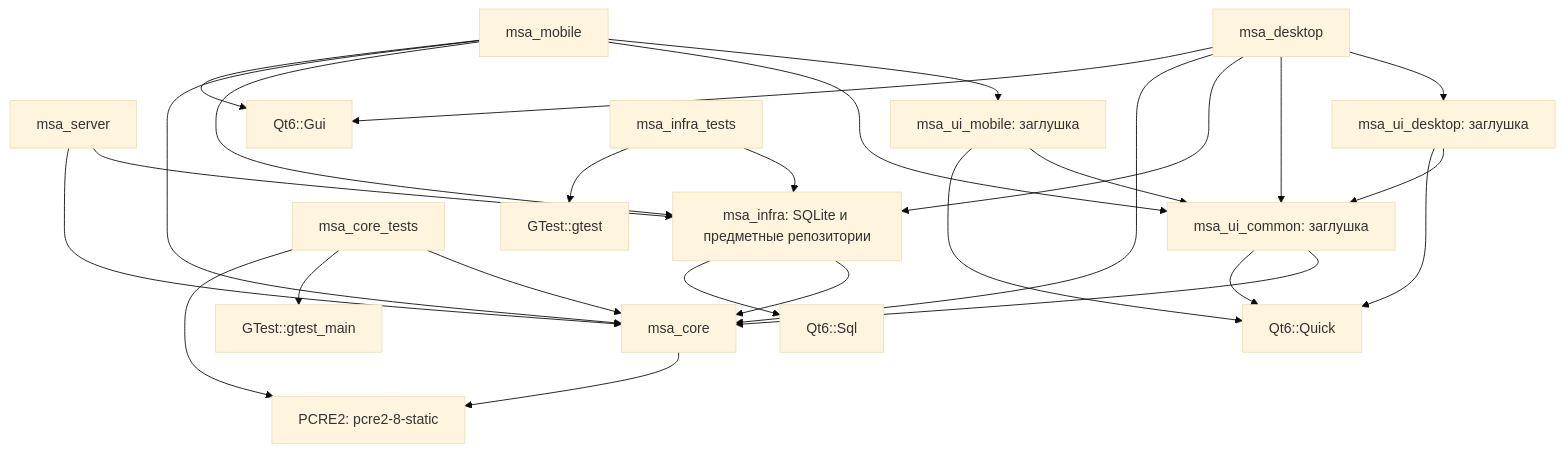
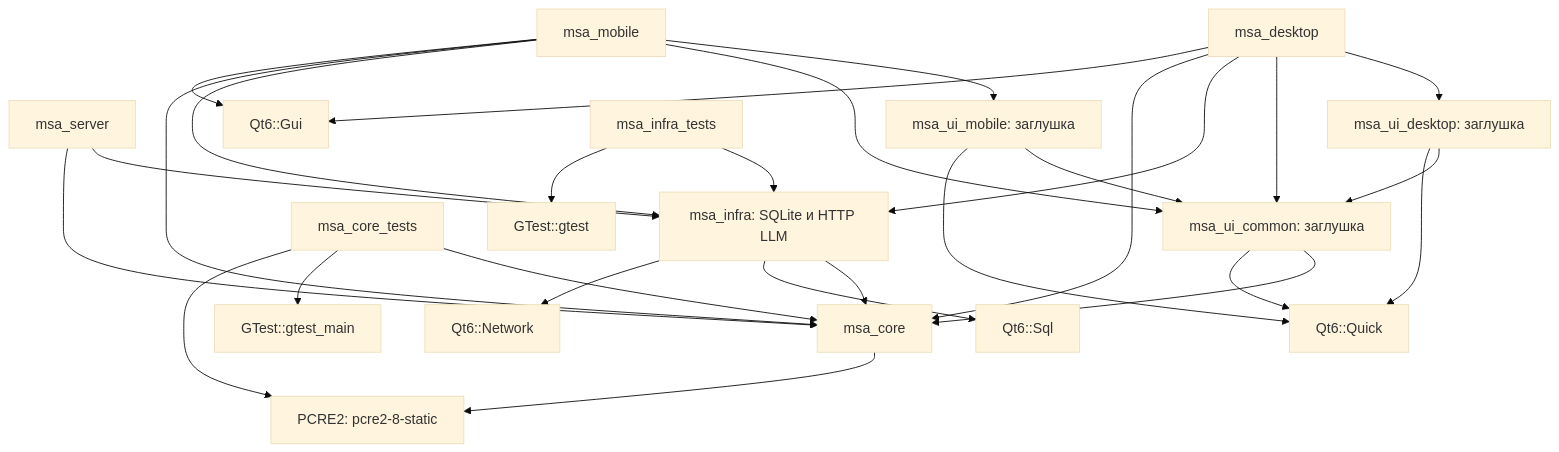
Before and after one commit to TasFoma/MySuperAssistant: the first of 2 diagrams in docs/architecture.md, drawn with Mermaid (base theme). The commit also changed other lines of this file and 11 other files, not shown here.

Commit message:
feat: add llama-server HTTP client with strict JSON validation

````diff
--- a/docs/architecture.md
+++ b/docs/architecture.md
@@ -56,29 +57,30 @@
 ```mermaid
 flowchart TD
-    server[msa_server] --> infra[msa_infra: SQLite и предметные репозитории]
+    server[msa_server] --> infra[msa_infra: SQLite и HTTP LLM]
     server --> core[msa_core]
     desktop[msa_desktop] --> desktopUI[msa_ui_desktop: заглушка]
     desktop --> common[msa_ui_common: заглушка]
     desktop --> infra
     desktop --> core
     desktop --> gui[Qt6::Gui]
     mobile[msa_mobile] --> mobileUI[msa_ui_mobile: заглушка]
     mobile --> common
     mobile --> infra
     mobile --> core
     mobile --> gui
     desktopUI --> common
     desktopUI --> quick[Qt6::Quick]
     mobileUI --> common
     mobileUI --> quick
     common --> core
     common --> quick
     infra --> core
     infra --> sql[Qt6::Sql]
+    infra --> network[Qt6::Network]
     core --> pcre[PCRE2: pcre2-8-static]
     tests[msa_core_tests] --> core
     tests --> gtest[GTest::gtest_main]
     tests --> pcre
     infraTests[msa_infra_tests] --> infra
     infraTests --> infraGtest[GTest::gtest]
 ```
````
